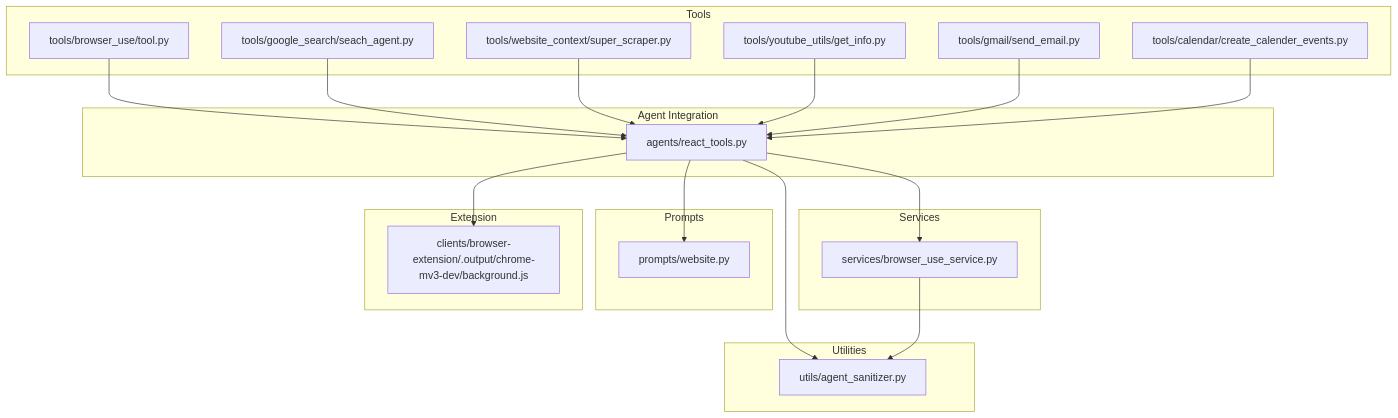
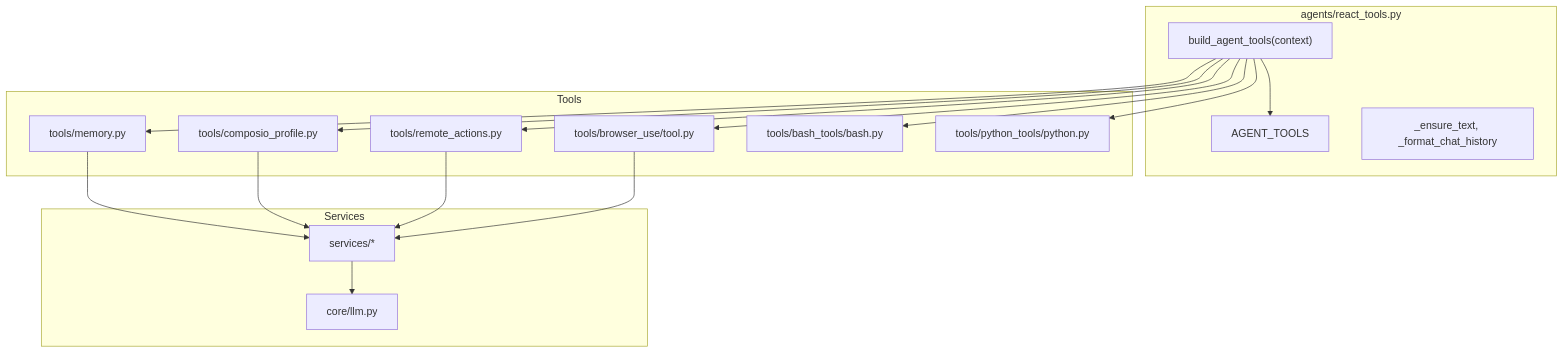
The first of 5 diagrams in src/data/docs/agentic-browser/Tool System/Custom Tool Development Guide.md (tashifkhan/tashif.codes), drawn with Mermaid before and after one commit. The commit also changed other lines of this file and 114 other files, not shown here.

````diff
--- a/src/data/docs/agentic-browser/Tool System/Custom Tool Development Guide.md
+++ b/src/data/docs/agentic-browser/Tool System/Custom Tool Development Guide.md
@@ -9,37 +19,32 @@
 ```mermaid
 graph TB
-subgraph "Tools"
-T1["tools/browser_use/tool.py"]
-T2["tools/google_search/seach_agent.py"]
-T3["tools/website_context/super_scraper.py"]
-T4["tools/youtube_utils/get_info.py"]
-T5["tools/gmail/send_email.py"]
-T6["tools/calendar/create_calender_events.py"]
-end
-subgraph "Agent Integration"
-A1["agents/react_tools.py"]
-end
-subgraph "Services"
-S1["services/browser_use_service.py"]
-end
-subgraph "Prompts"
-P1["prompts/website.py"]
-end
-subgraph "Utilities"
-U1["utils/agent_sanitizer.py"]
-end
-subgraph "Extension"
-E1["clients/browser-extension/.output/chrome-mv3-dev/background.js"]
-end
-T1 --> A1
-T2 --> A1
-T3 --> A1
-T4 --> A1
-T5 --> A1
-T6 --> A1
-A1 --> S1
-A1 --> P1
-A1 --> U1
-S1 --> U1
-A1 --> E1
+  subgraph Registry["agents/react_tools.py"]
+    Build["build_agent_tools(context)"]
+    List["AGENT_TOOLS"]
+    Helper["_ensure_text, _format_chat_history"]
+  end
+  subgraph Tools
+    Mem["tools/memory.py"]
+    Profile["tools/composio_profile.py"]
+    Remote["tools/remote_actions.py"]
+    Browser["tools/browser_use/tool.py"]
+    Bash["tools/bash_tools/bash.py"]
+    Python["tools/python_tools/python.py"]
+  end
+  subgraph Services
+    Svc["services/*"]
+    LLM["core/llm.py"]
+  end
+  Build --> List
+  Build --> Mem
+  Build --> Profile
+  Build --> Remote
+  Build --> Browser
+  Build --> Bash
+  Build --> Python
+  Mem --> Svc
+  Profile --> Svc
+  Remote --> Svc
+  Browser --> Svc
+  Svc --> LLM
 ```
````
